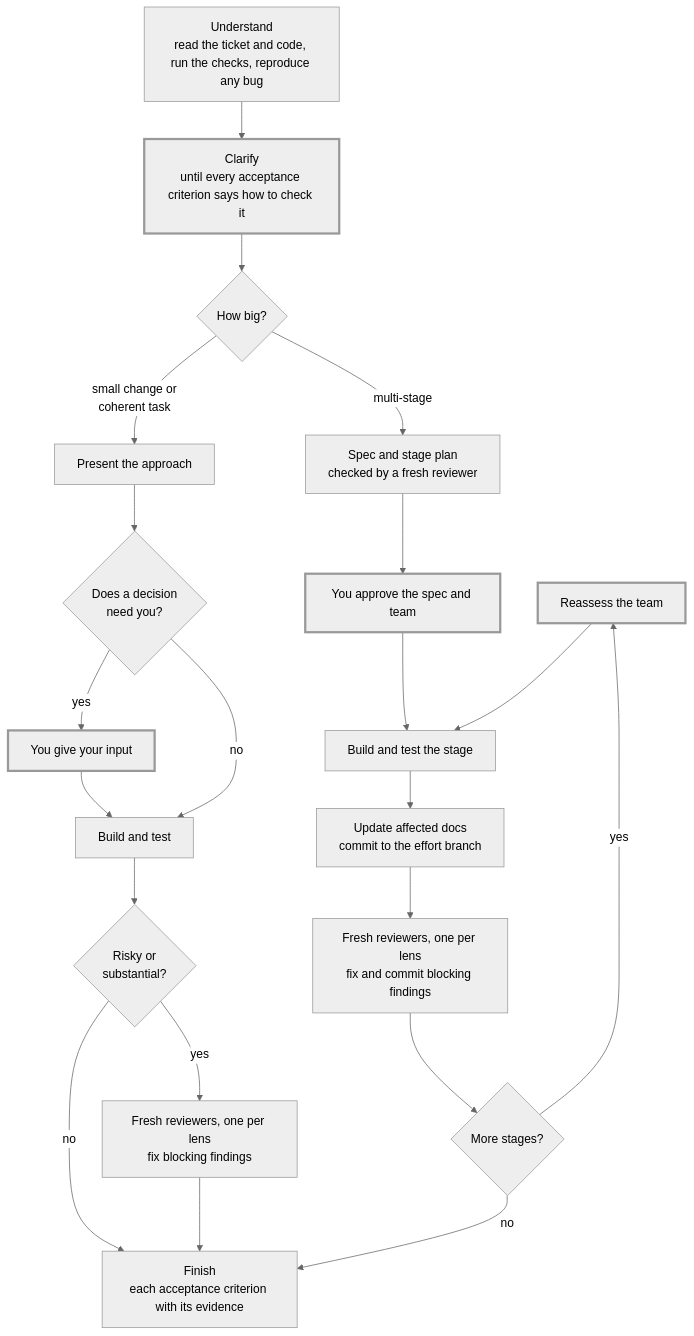
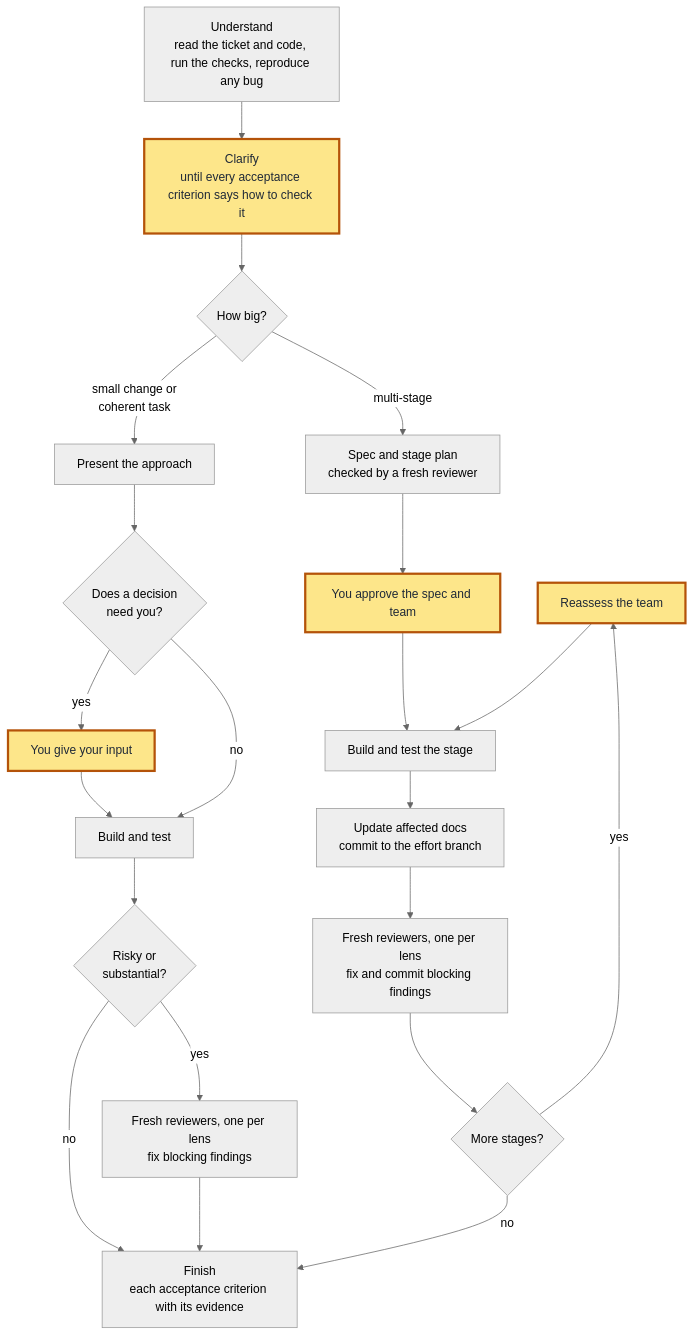
Before and after one commit to dipsylala/skills: the diagram in do-my-work/README.md, drawn with Mermaid (neutral theme). The commit also changed other lines of this file, not shown here.

Commit message:
Shade the user-input boxes in the do-my-work workflow diagram
The thick border alone did not make the steps that wait for the user
stand out. Give them an amber fill with dark text, which stays readable
in GitHub's light and dark themes, and update the legend to match.

````diff
--- a/do-my-work/README.md
+++ b/do-my-work/README.md
@@ -50,45 +50,45 @@
 ```mermaid
 flowchart TD
     %% Declared first so the layout draws it beside the stage loop.
     Reassess["Reassess the team"]
     U["Understand<br/>read the ticket and code, run the checks, reproduce any bug"]
     C["Clarify<br/>until every acceptance criterion says how to check it"]
     Size{"How big?"}
     Plan["Present the approach"]
     Decide{"Does a decision<br/>need you?"}
     Ask["You give your input"]
     Build["Build and test"]
     Risky{"Risky or<br/>substantial?"}
     Review["Fresh reviewers, one per lens<br/>fix blocking findings"]
     Spec["Spec and stage plan<br/>checked by a fresh reviewer"]
     Approve["You approve the spec and team"]
     Stage["Build and test the stage"]
     Commit["Update affected docs<br/>commit to the effort branch"]
     StageReview["Fresh reviewers, one per lens<br/>fix and commit blocking findings"]
     More{"More stages?"}
     Finish["Finish<br/>each acceptance criterion with its evidence"]
 
     U --> C
     C --> Size
     Size -- "small change or<br/>coherent task" --> Plan
     Plan --> Decide
     Decide -- yes --> Ask
     Ask --> Build
     Decide -- no --> Build
     Build --> Risky
     Risky -- yes --> Review
     Risky -- no --> Finish
     Review --> Finish
     Size -- multi-stage --> Spec
     Spec --> Approve
     Approve --> Stage
     Stage --> Commit
     Commit --> StageReview
     StageReview --> More
     More -- yes --> Reassess
     Reassess --> Stage
     More -- no --> Finish
 
-    classDef you stroke-width:3px
+    classDef you fill:#fde68a,stroke:#b45309,stroke-width:3px,color:#1f2937
     class C,Ask,Approve,Reassess you
 ```
````
